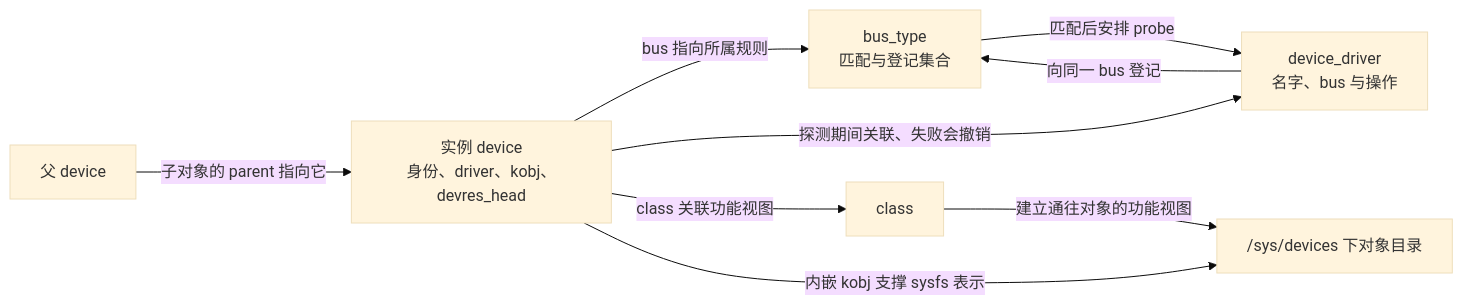
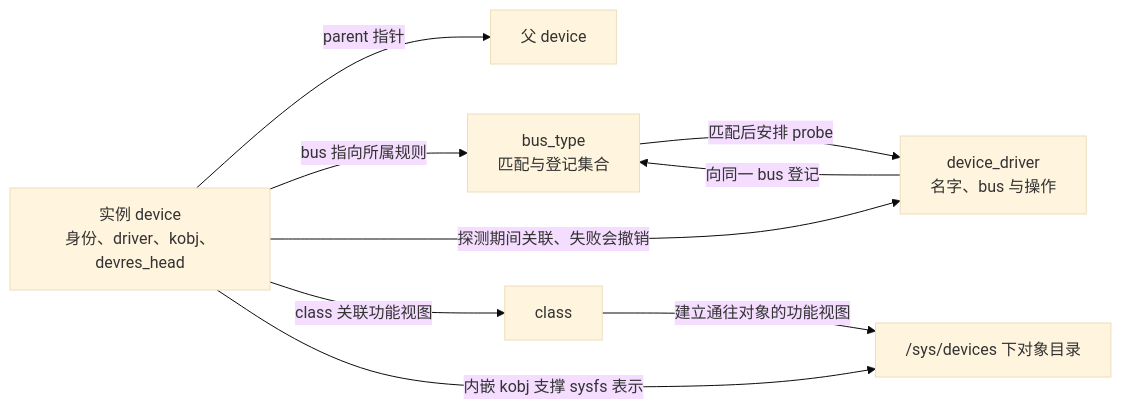
Before and after one commit to FormingSystem/linux_note: the first of 2 diagrams in knowledge/driver_model/fundamentals/framework_model/P01_驱动框架模型.md, drawn with Mermaid (base theme). The commit also changed other lines of this file and 2 other files, not shown here.

First line of the commit message:
content(driver/framework): 补齐属性实验并纠正对象关系图

````diff
--- a/knowledge/driver_model/fundamentals/framework_model/P01_驱动框架模型.md
+++ b/knowledge/driver_model/fundamentals/framework_model/P01_驱动框架模型.md
@@ -27,11 +27,11 @@
 ```mermaid
 flowchart LR
-    p["父 device"] -->|"子对象的 parent 指向它"| d["实例 device<br/>身份、driver、kobj、devres_head"]
+    d["实例 device<br/>身份、driver、kobj、devres_head"] -->|"parent 指针"| p["父 device"]
     d -->|"bus 指向所属规则"| b["bus_type<br/>匹配与登记集合"]
     r["device_driver<br/>名字、bus 与操作"] -->|"向同一 bus 登记"| b
     b -->|"匹配后安排 probe"| r
     d -->|"探测期间关联、失败会撤销"| r
     d -->|"class 关联功能视图"| c["class"]
     d -->|"内嵌 kobj 支撑 sysfs 表示"| s["/sys/devices 下对象目录"]
     c -->|"建立通往对象的功能视图"| s
 ```
````
